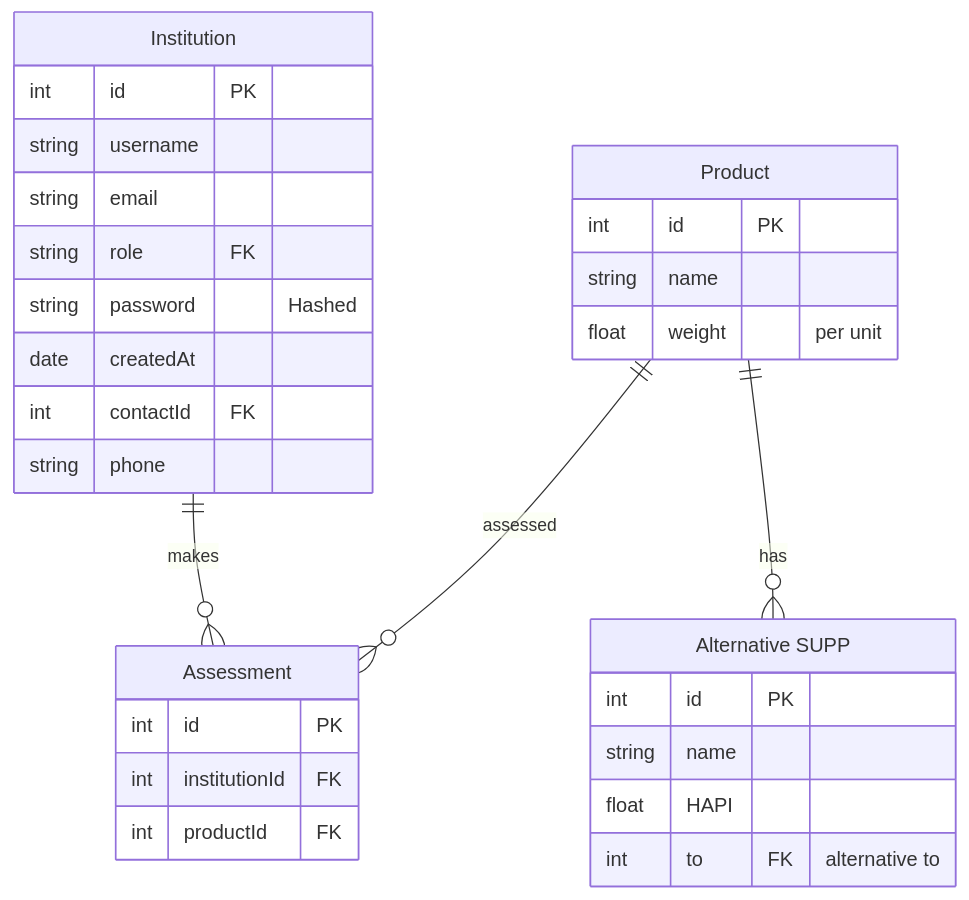
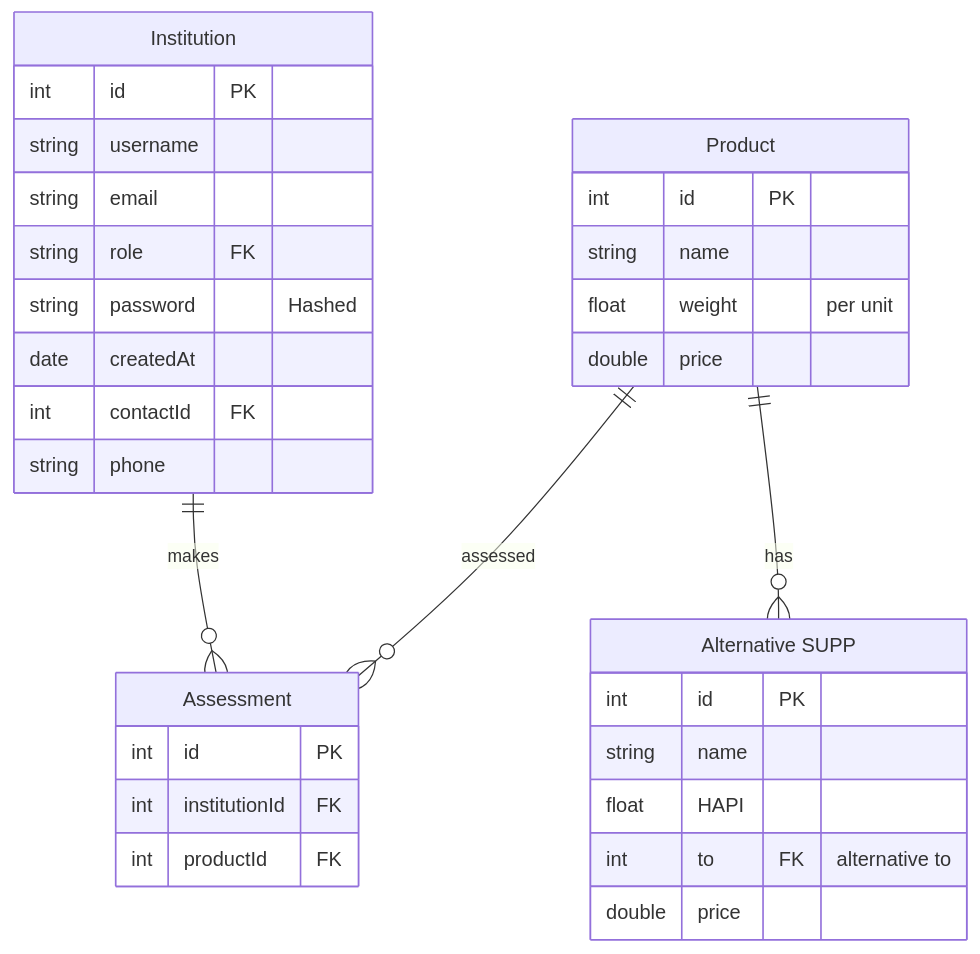
One commit to SimonStnn/BEMED changed the diagram in backend/README.md. Above: the diagram before and after it, drawn with Mermaid.

Commit message:
Update README.md
Added price to Product and Alterntive SUP

````diff
--- a/backend/README.md
+++ b/backend/README.md
@@ -5,36 +5,38 @@
 ```mermaid
 erDiagram
 Institution {
     int id PK
     string username 
     string email
     string role FK
     string password "Hashed"
     date createdAt
     int contactId FK
     string phone
 }
 
 Product {
     int id PK
     string name
     float weight "per unit"
+    double price
 }
 
 Alternative["Alternative SUPP"] {
     int id PK
     string name
     float HAPI
     int to FK "alternative to"
+    double price
 }
 
 Assessment {
     int id PK
     int institutionId FK
     int productId FK
 }
 
 Institution ||--o{ Assessment : "makes"
 Product ||--o{ Assessment : "assessed"
 Product ||--o{ Alternative : "has"
 ```
````
